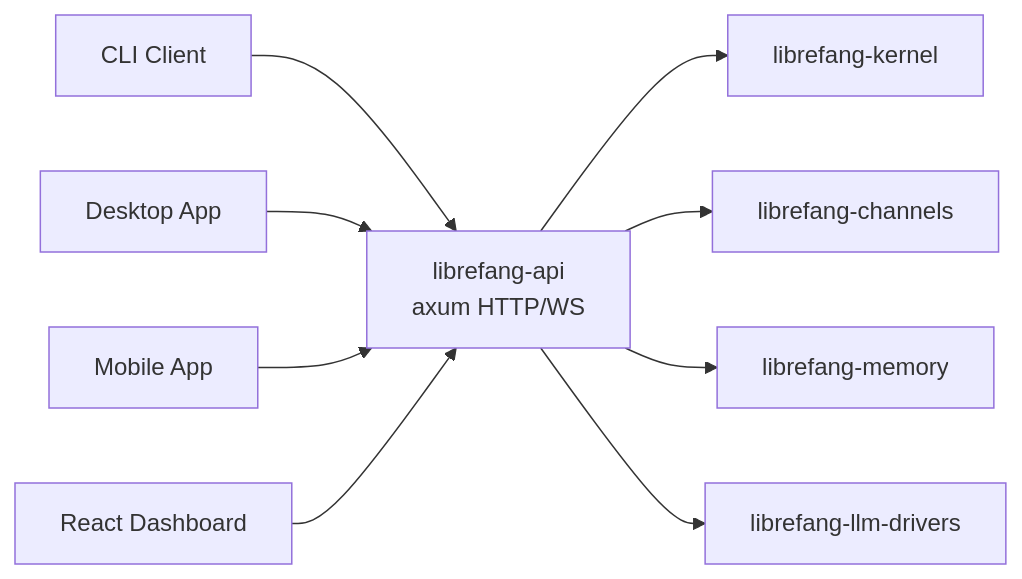
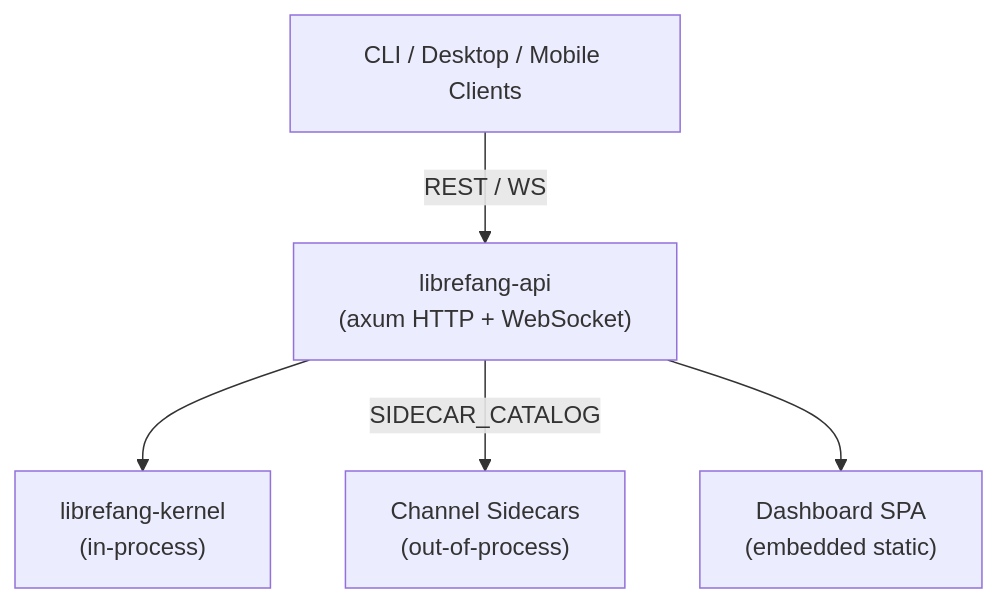
One commit to leszek3737/librefang-WIki changed the diagram in other-librefang-api.md. Above: the diagram before and after it, drawn with Mermaid. The commit also changed other lines of this file and 125 other files, not shown here.

````diff
--- a/other-librefang-api.md
+++ b/other-librefang-api.md
@@ -11,19 +9,13 @@
 ```mermaid
-graph LR
-    CLI[CLI Client]
-    DESK[Desktop App]
-    MOB[Mobile App]
-    DASH[React Dashboard]
+graph TD
+    Clients["CLI / Desktop / Mobile Clients"]
+    API["librefang-api<br/>(axum HTTP + WebSocket)"]
+    Kernel["librefang-kernel<br/>(in-process)"]
+    Sidecars["Channel Sidecars<br/>(out-of-process)"]
+    SPA["Dashboard SPA<br/>(embedded static)"]
 
-    API[librefang-api<br/>axum HTTP/WS]
-
-    CLI --> API
-    DESK --> API
-    MOB --> API
-    DASH --> API
-
-    API --> K[librefang-kernel]
-    API --> CH[librefang-channels]
-    API --> MEM[librefang-memory]
-    API --> LLM[librefang-llm-drivers]
+    Clients -->|REST / WS| API
+    API --> Kernel
+    API -->|SIDECAR_CATALOG| Sidecars
+    API --> SPA
 ```
````
